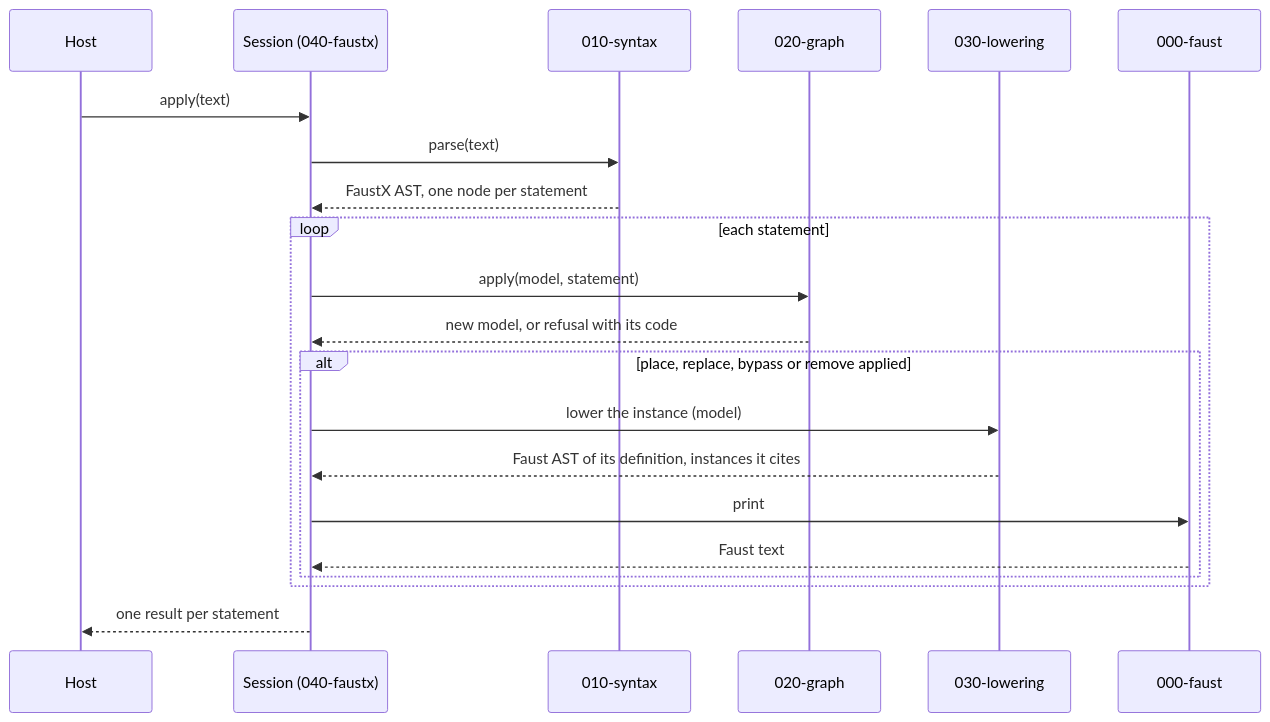
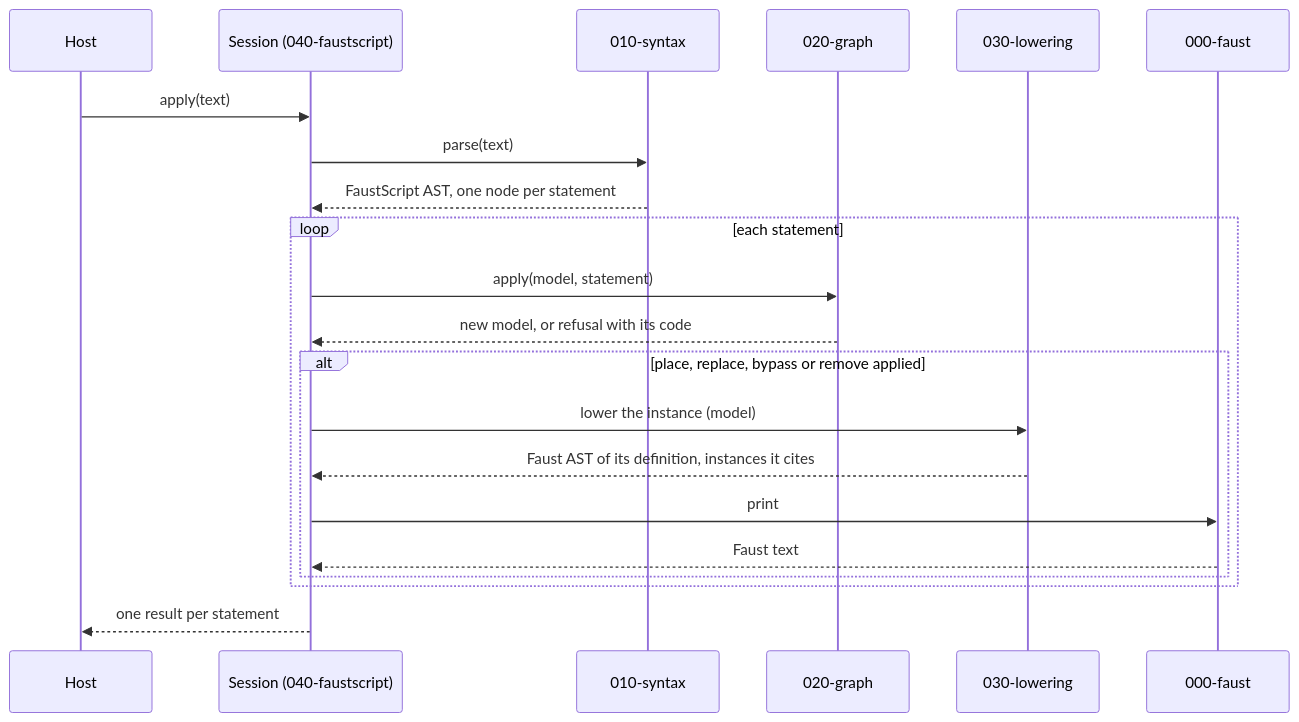
Before and after one commit to roomi-fields/faustscript: the third of 3 diagrams in docs/ARCHITECTURE.md, drawn with Mermaid. The commit also changed other lines of this file and 66 other files, not shown here.

First line of the commit message:
refactor: FaustX is renamed FaustScript, its files end in .fsc (faustx-zj5.47)

````diff
--- a/docs/ARCHITECTURE.md
+++ b/docs/ARCHITECTURE.md
@@ -89,23 +89,23 @@
 ```mermaid
 sequenceDiagram
   participant H as Host
-  participant S as Session (040-faustx)
+  participant S as Session (040-faustscript)
   participant X as 010-syntax
   participant G as 020-graph
   participant L as 030-lowering
   participant F as 000-faust
   H->>S: apply(text)
   S->>X: parse(text)
-  X-->>S: FaustX AST, one node per statement
+  X-->>S: FaustScript AST, one node per statement
   loop each statement
     S->>G: apply(model, statement)
     G-->>S: new model, or refusal with its code
     alt place, replace, bypass or remove applied
       S->>L: lower the instance (model)
       L-->>S: Faust AST of its definition, instances it cites
       S->>F: print
       F-->>S: Faust text
     end
   end
   S-->>H: one result per statement
 ```
````
